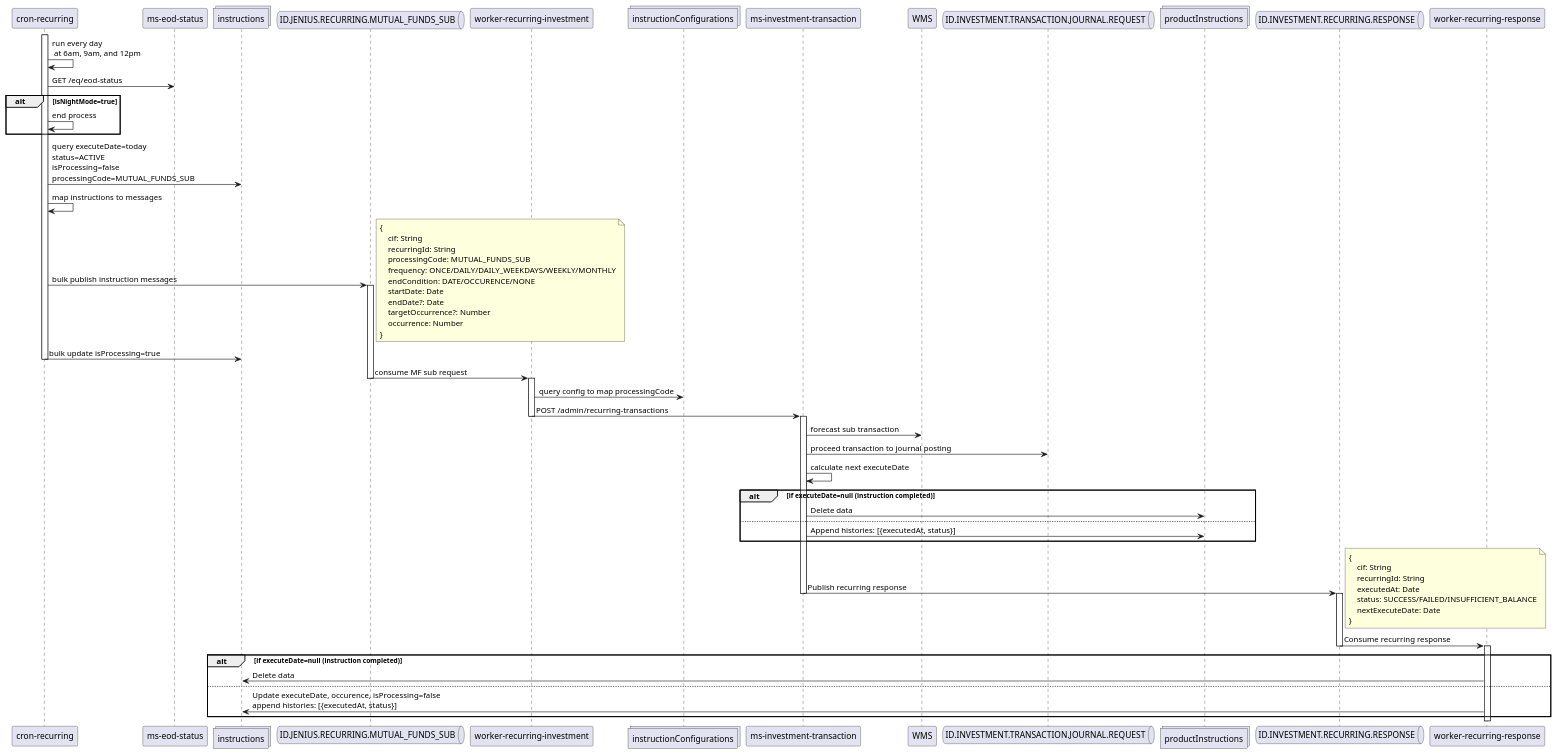
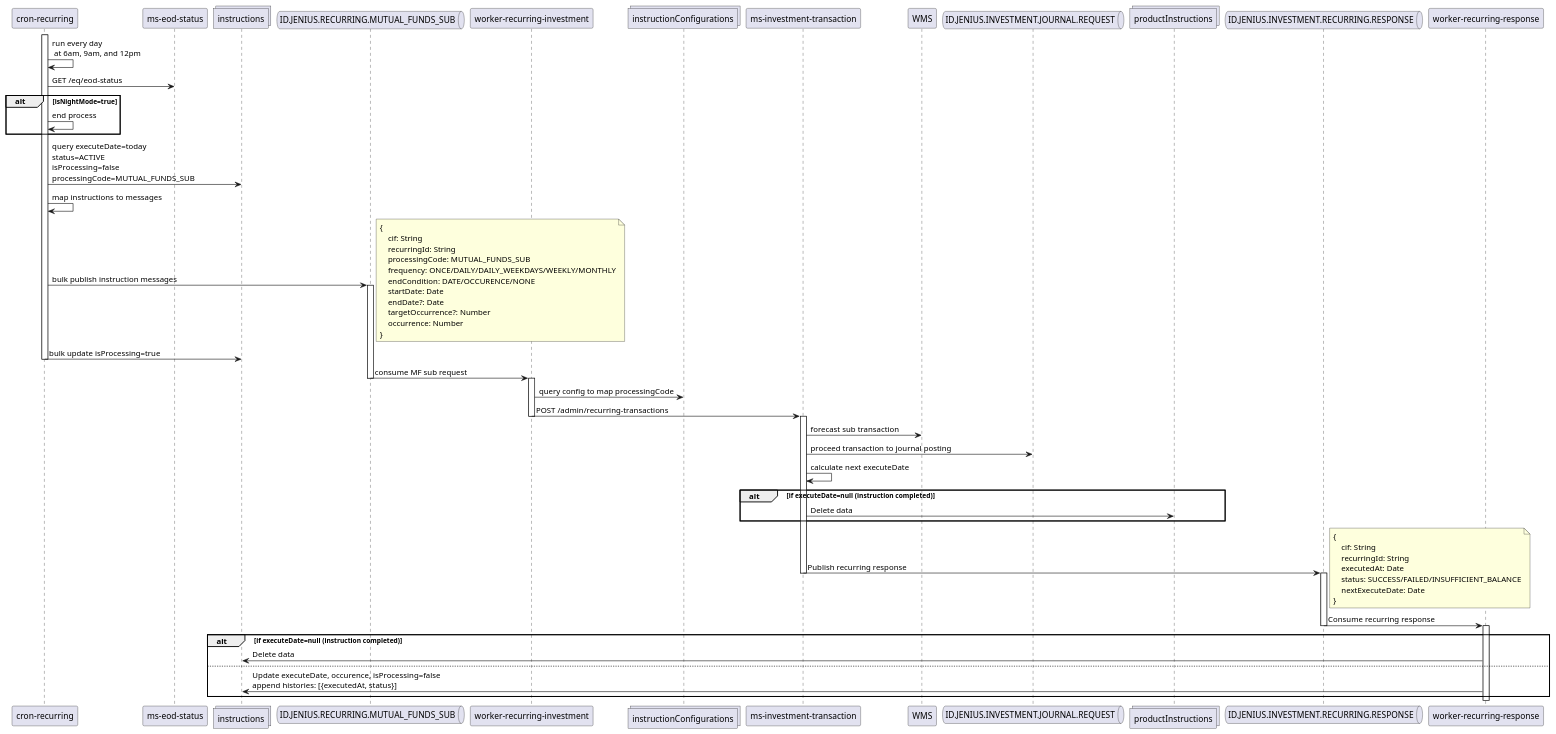
Before and after one commit to iksena/jenius-uml: the diagram in cronRecurring.puml, drawn with PlantUML. The commit also changed 3 other files, not shown here.

```diff
--- a/cronRecurring.puml
+++ b/cronRecurring.puml
@@ -1,78 +1,76 @@
 @startuml mutual funds cron recurring
 
 participant "cron-recurring" as cron
 participant "ms-eod-status" as eod
 collections "instructions" as instr
 queue "ID.JENIUS.RECURRING.MUTUAL_FUNDS_SUB" as kafkaRec
 participant "worker-recurring-investment" as wri
 collections "instructionConfigurations" as configs
 participant "ms-investment-transaction" as mit
 participant "WMS" as wms
-queue "ID.INVESTMENT.TRANSACTION.JOURNAL.REQUEST" as kafkaJournal
+queue "ID.JENIUS.INVESTMENT.JOURNAL.REQUEST" as kafkaJournal
 collections "productInstructions" as recSubs
-queue "ID.INVESTMENT.RECURRING.RESPONSE" as kafkaRecRes
+queue "ID.JENIUS.INVESTMENT.RECURRING.RESPONSE" as kafkaRecRes
 participant "worker-recurring-response" as wrr
 
 activate cron
 cron -> cron: run every day\n at 6am, 9am, and 12pm
 cron -> eod: GET /eq/eod-status
 alt isNightMode=true
 cron -> cron: end process
 end
 cron -> instr: query executeDate=today\nstatus=ACTIVE\nisProcessing=false\nprocessingCode=MUTUAL_FUNDS_SUB
 cron -> cron: map instructions to messages
 cron -> kafkaRec: bulk publish instruction messages
 note right
 { 
     cif: String
     recurringId: String
     processingCode: MUTUAL_FUNDS_SUB
     frequency: ONCE/DAILY/DAILY_WEEKDAYS/WEEKLY/MONTHLY
     endCondition: DATE/OCCURENCE/NONE
     startDate: Date
     endDate?: Date
     targetOccurrence?: Number
     occurrence: Number
 }
 end note
 activate kafkaRec
 cron -> instr: bulk update isProcessing=true
 deactivate cron
 kafkaRec -> wri: consume MF sub request
 deactivate kafkaRec
 activate wri
 wri -> configs: query config to map processingCode
 wri -> mit: POST /admin/recurring-transactions
 deactivate wri
 activate mit
 mit -> wms: forecast sub transaction
 mit -> kafkaJournal: proceed transaction to journal posting
 mit -> mit: calculate next executeDate
 alt if executeDate=null (instruction completed)
 mit -> recSubs: Delete data
-else
-mit -> recSubs: Append histories: [{executedAt, status}]
 end
 mit -> kafkaRecRes: Publish recurring response
 note right 
 {
     cif: String
     recurringId: String
     executedAt: Date
     status: SUCCESS/FAILED/INSUFFICIENT_BALANCE
     nextExecuteDate: Date
 }
 end note
 deactivate mit
 activate kafkaRecRes
 kafkaRecRes -> wrr: Consume recurring response
 deactivate kafkaRecRes
 activate wrr
 alt if executeDate=null (instruction completed)
 wrr -> instr: Delete data
 else
 wrr -> instr: Update executeDate, occurence, isProcessing=false\nappend histories: [{executedAt, status}]
 end
 deactivate wrr
 
 @enduml
```
